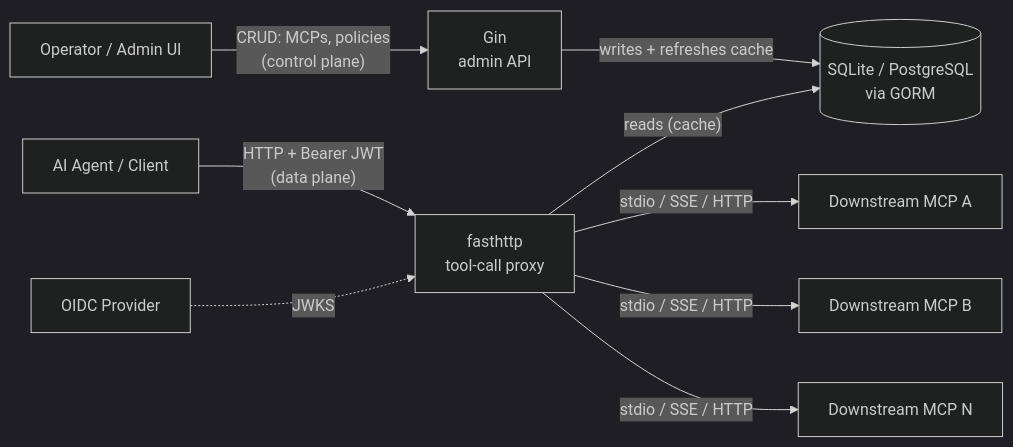
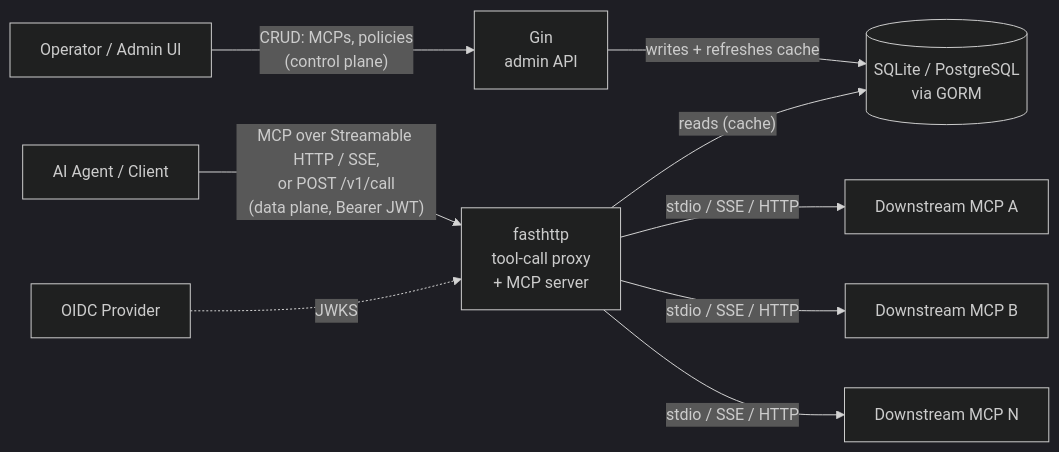
The first of 2 diagrams in docs/architecture/overview.md (primemcp/mcplake), drawn with Mermaid (dark theme) before and after one commit. The commit also changed other lines of this file and 23 other files, not shown here.

````diff
--- a/docs/architecture/overview.md
+++ b/docs/architecture/overview.md
@@ -13,11 +13,11 @@
 ```mermaid
 flowchart LR
-    Agent[AI Agent / Client] -- "HTTP + Bearer JWT\n(data plane)" --> DP["fasthttp\ntool-call proxy"]
+    Agent[AI Agent / Client] -- "MCP over Streamable HTTP / SSE,\nor POST /v1/call\n(data plane, Bearer JWT)" --> DP["fasthttp\ntool-call proxy\n+ MCP server"]
     Admin[Operator / Admin UI] -- "CRUD: MCPs, policies\n(control plane)" --> CP["Gin\nadmin API"]
     DP -- "reads (cache)" --> Store[(SQLite / PostgreSQL\nvia GORM)]
     CP -- "writes + refreshes cache" --> Store
     DP -- "stdio / SSE / HTTP" --> MCP1[Downstream MCP A]
     DP -- "stdio / SSE / HTTP" --> MCP2[Downstream MCP B]
     DP -- "stdio / SSE / HTTP" --> MCP3[Downstream MCP N]
     OIDC[OIDC Provider] -. "JWKS" .-> DP
 ```
````
